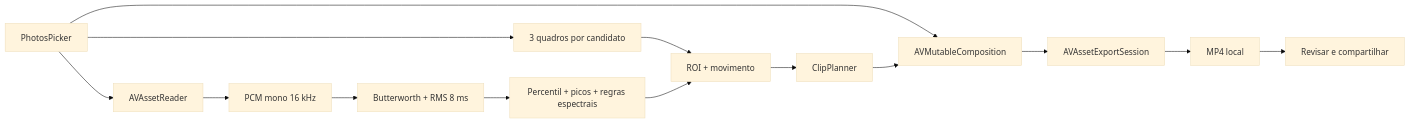
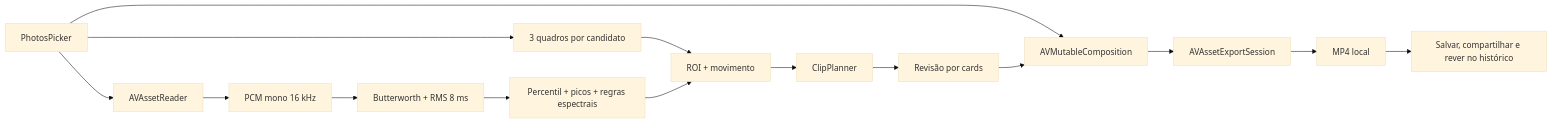
The diagram in ios/README.md (matheus3301/tennis-clips), drawn with Mermaid (base theme) before and after one commit. The commit also changed other lines of this file and 37 other files, not shown here.

````diff
--- a/ios/README.md
+++ b/ios/README.md
@@ -15,16 +19,17 @@
 ```mermaid
 flowchart LR
     A[PhotosPicker] --> B[AVAssetReader]
     B --> C[PCM mono 16 kHz]
     C --> D[Butterworth + RMS 8 ms]
     D --> E[Percentil + picos + regras espectrais]
     A --> V[3 quadros por candidato]
     V --> M[ROI + movimento]
     E --> M
     M --> F[ClipPlanner]
     A --> G[AVMutableComposition]
-    F --> G
+    F --> R[Revisão por cards]
+    R --> G
     G --> H[AVAssetExportSession]
     H --> I[MP4 local]
-    I --> J[Revisar e compartilhar]
+    I --> J[Salvar, compartilhar e rever no histórico]
 ```
````
